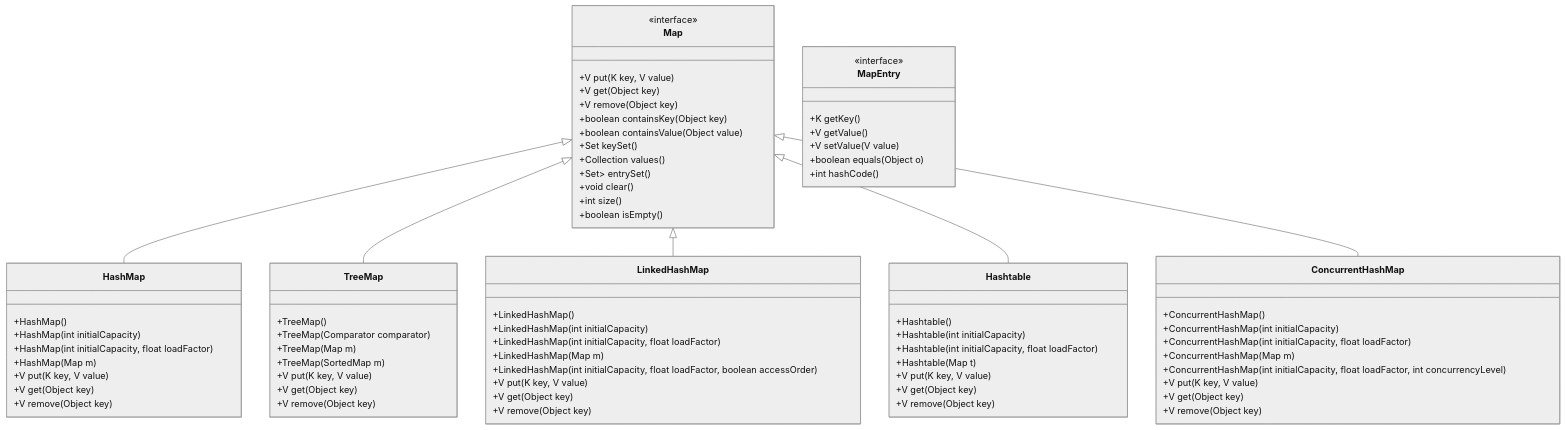
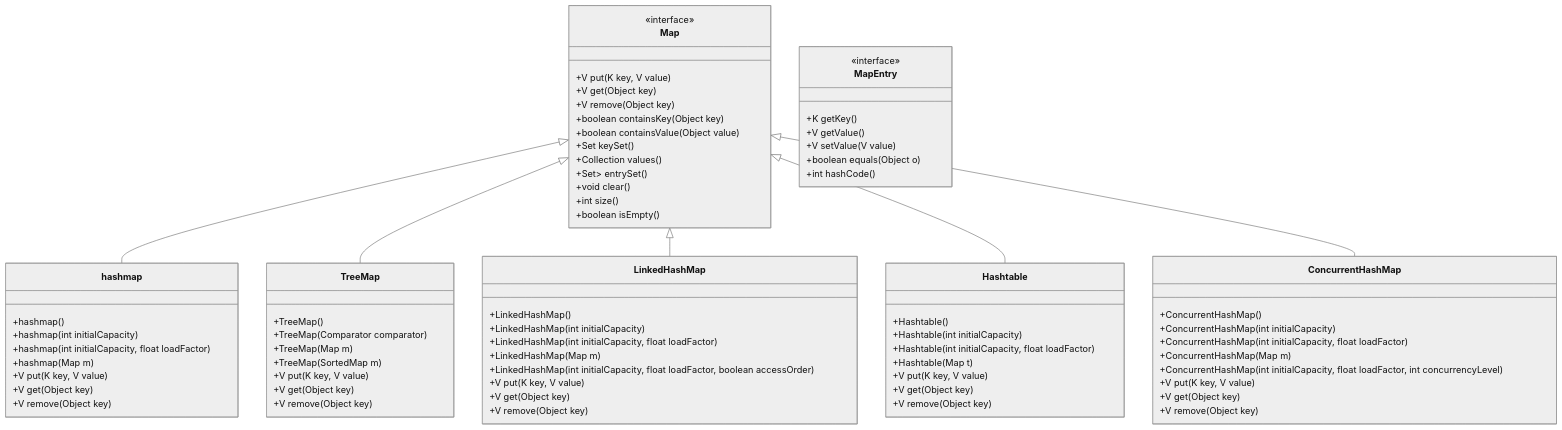
The second of 2 diagrams in 03. Common Data Structures/README.md (shivamsanju/coding), drawn with Mermaid (neutral theme) before and after one commit. The commit also changed other lines of this file and 15 other files, not shown here.

````diff
--- a/03. Common Data Structures/README.md
+++ b/03. Common Data Structures/README.md
@@ -125,6 +125,6 @@
 ``` mermaid
 classDiagram
-    Map <|-- HashMap
+    Map <|-- hashmap
     Map <|-- TreeMap
     Map <|-- LinkedHashMap
     Map <|-- Hashtable
@@ -154,11 +154,11 @@
         +int hashCode()
     }
 
-    class HashMap {
-        +HashMap()
-        +HashMap(int initialCapacity)
-        +HashMap(int initialCapacity, float loadFactor)
-        +HashMap(Map<? extends K, ? extends V> m)
+    class hashmap {
+        +hashmap()
+        +hashmap(int initialCapacity)
+        +hashmap(int initialCapacity, float loadFactor)
+        +hashmap(Map<? extends K, ? extends V> m)
         +V put(K key, V value)
         +V get(Object key)
         +V remove(Object key)
````
